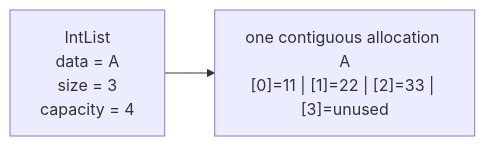
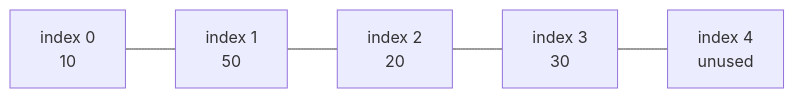
Before and after one commit to chaebkimm/data_structure_2026: the first of 2 diagrams in module_01_arraylist/diagrams/memory_models.md, drawn with Mermaid. The commit also changed other lines of this file and 29 other files, not shown here.

````diff
--- a/module_01_arraylist/diagrams/memory_models.md
+++ b/module_01_arraylist/diagrams/memory_models.md
@@ -22,4 +8,4 @@
 ```mermaid
 flowchart LR
-    L["IntList<br/>data = A<br/>size = 3<br/>capacity = 4"] --> A["one contiguous allocation A<br/>[0]=11 | [1]=22 | [2]=33 | [3]=unused"]
+    I0["index 0<br/>10"] --- I1["index 1<br/>50"] --- I2["index 2<br/>20"] --- I3["index 3<br/>30"] --- I4["index 4<br/>unused"]
 ```
````
